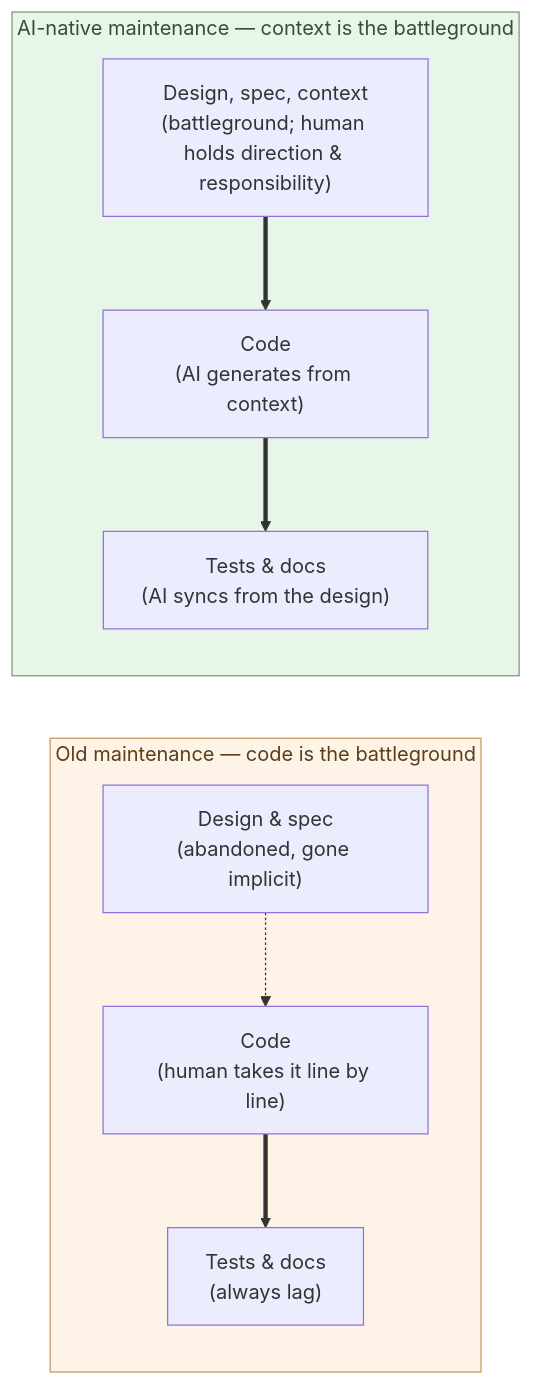
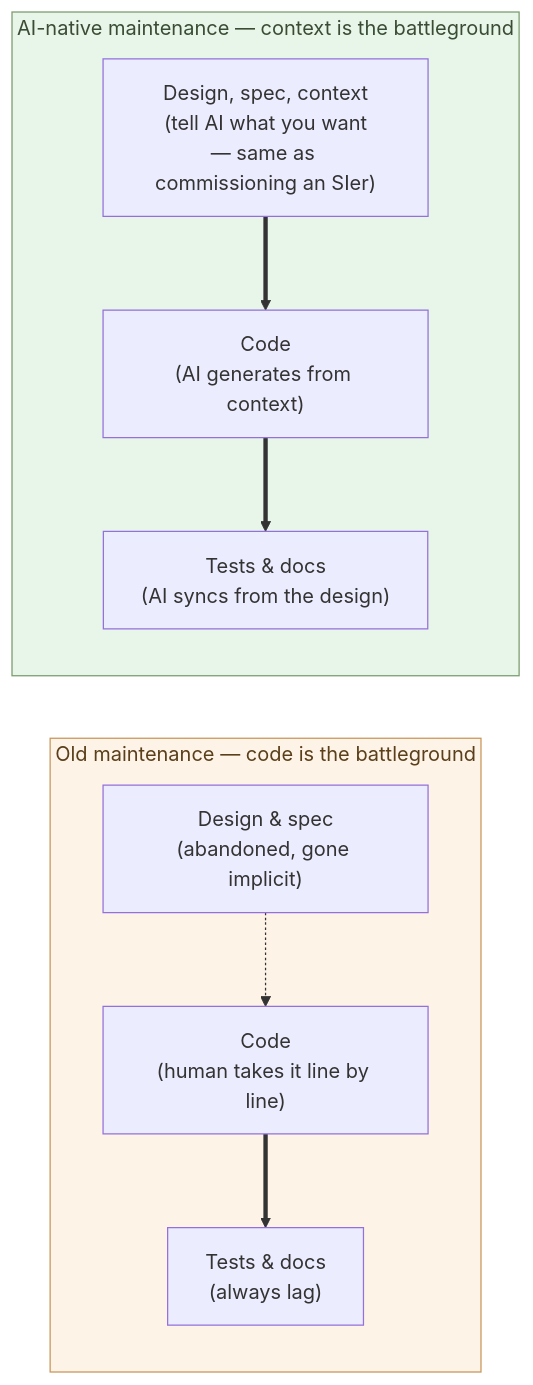
One commit to aiseed-dev/website changed the diagram in articles/ai-native-ways/software/02-maintenance-shift/en.md. Above: the diagram before and after it, drawn with Mermaid. The commit also changed 1 other file, not shown here.

Commit message:
第2章: 図の新側ノードを平易化(方向と責任→SIerに頼むのと同じ)
「主戦場・人間が方向と責任」が硬すぎるため、「やりたいことを AI に伝える
── SIer に頼むのと同じ」に。従来 SIer に依頼していたのと同じ感覚でよい、と
平易化。ja/en とも。

Claude-Session: https://claude.ai/code/session_01JWSjUtp9JogXnFvcXErbX3

````diff
--- a/articles/ai-native-ways/software/02-maintenance-shift/en.md
+++ b/articles/ai-native-ways/software/02-maintenance-shift/en.md
@@ -134,23 +134,23 @@
 ```mermaid
 flowchart LR
   subgraph Old["Old maintenance — code is the battleground"]
     direction TB
     OD["Design & spec<br/>(abandoned, gone implicit)"]
     OC["Code<br/>(human takes it line by line)"]
     OT["Tests & docs<br/>(always lag)"]
     OD -.-> OC ==> OT
   end
 
   subgraph New["AI-native maintenance — context is the battleground"]
     direction TB
-    ND["Design, spec, context<br/>(battleground; human holds direction & responsibility)"]
+    ND["Design, spec, context<br/>(tell AI what you want<br/>— same as commissioning an SIer)"]
     NC["Code<br/>(AI generates from context)"]
     NT["Tests & docs<br/>(AI syncs from the design)"]
     ND ==> NC ==> NT
   end
 
   classDef good fill:#e8f5e9,stroke:#7a9a6d,color:#3a4d34
   classDef bad fill:#fef3e7,stroke:#c89559,color:#5a3f1a
   class New good
   class Old bad
 ```
````
